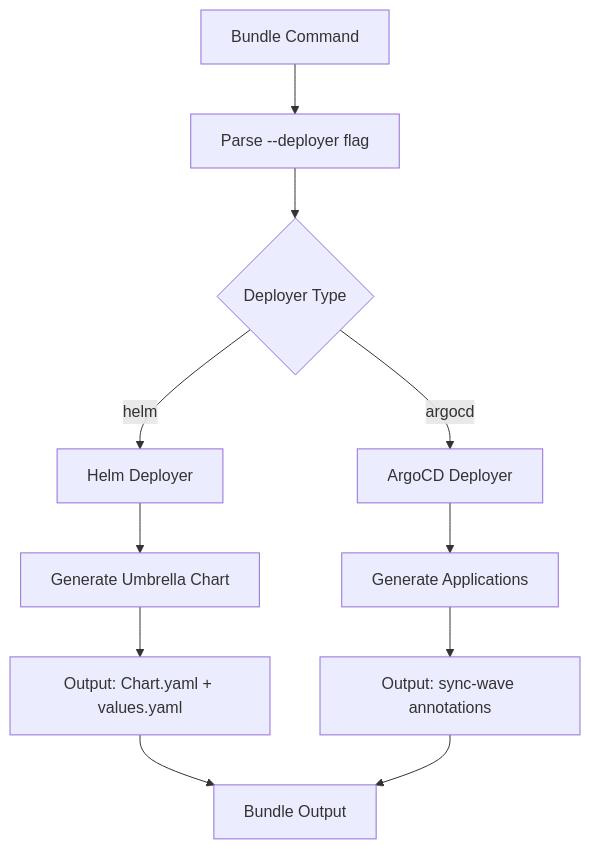
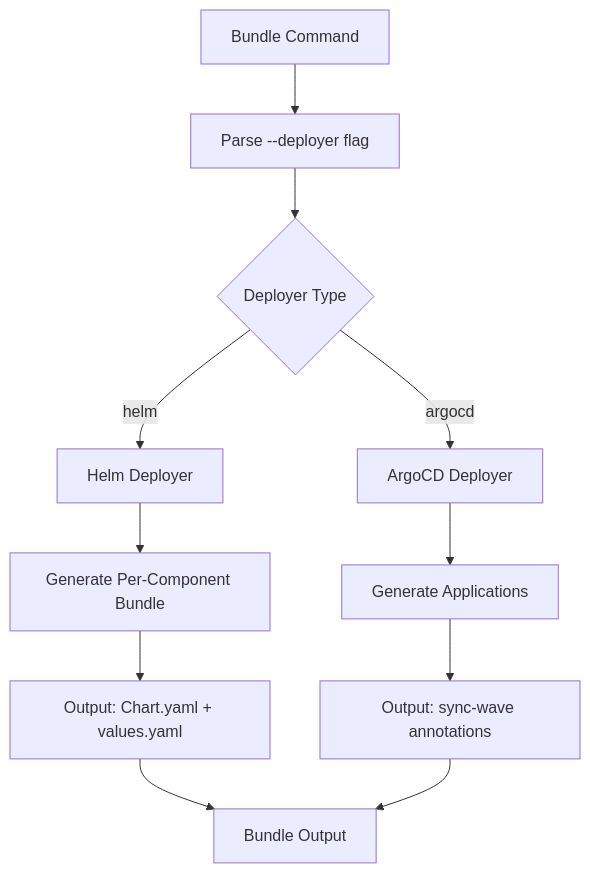
One commit to NVIDIA/aicr changed diagram 16 of 17 in docs/contributor/cli.md. Above: the diagram before and after it, drawn with Mermaid. The commit also changed other lines of this file and 44 other files, not shown here.

First line of the commit message:
feat: replace Helm umbrella chart with per-component bundle directories

````diff
--- a/docs/contributor/cli.md
+++ b/docs/contributor/cli.md
@@ -2742,16 +2726,16 @@
 ```mermaid
 flowchart TD
     A[Bundle Command] --> B[Parse --deployer flag]
     B --> C{Deployer Type}
     C -->|helm| D[Helm Deployer]
     C -->|argocd| E[ArgoCD Deployer]
     
-    D --> G[Generate Umbrella Chart]
+    D --> G[Generate Per-Component Bundle]
     E --> H[Generate Applications]
     
     G --> J[Output: Chart.yaml + values.yaml]
     H --> K[Output: sync-wave annotations]
     
     J --> M[Bundle Output]
     K --> M
 ```
````
